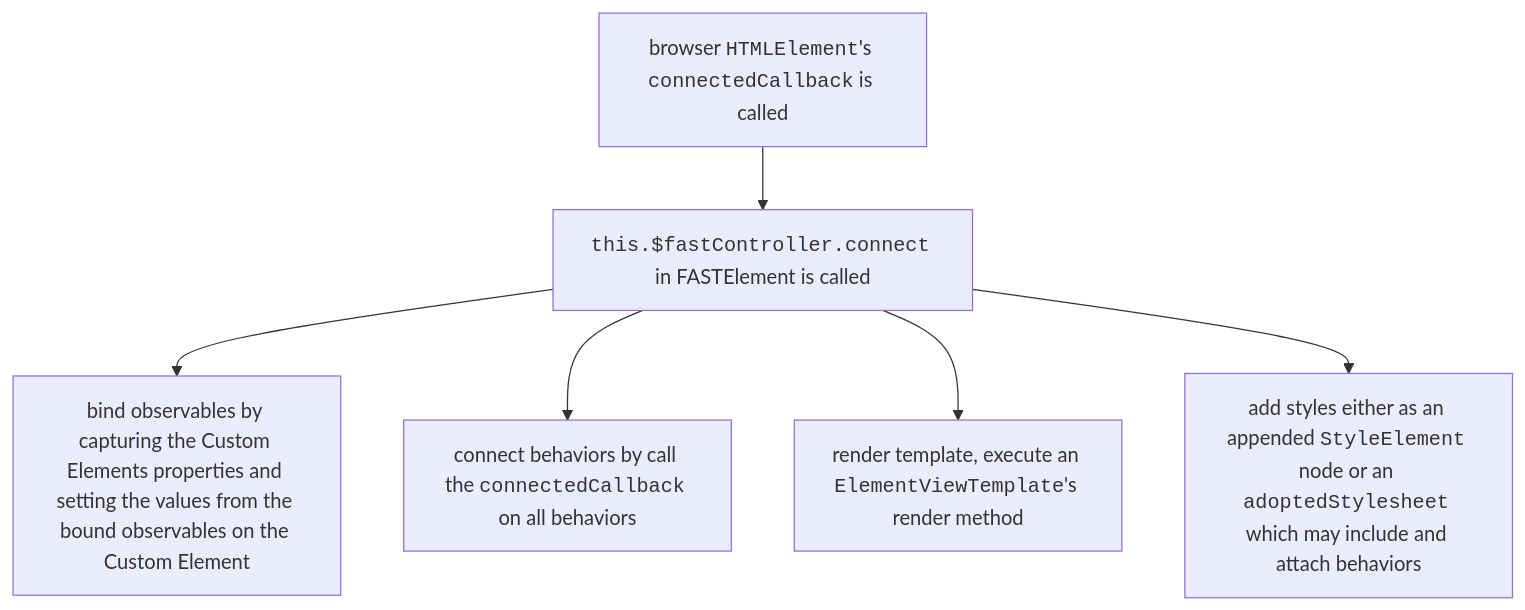
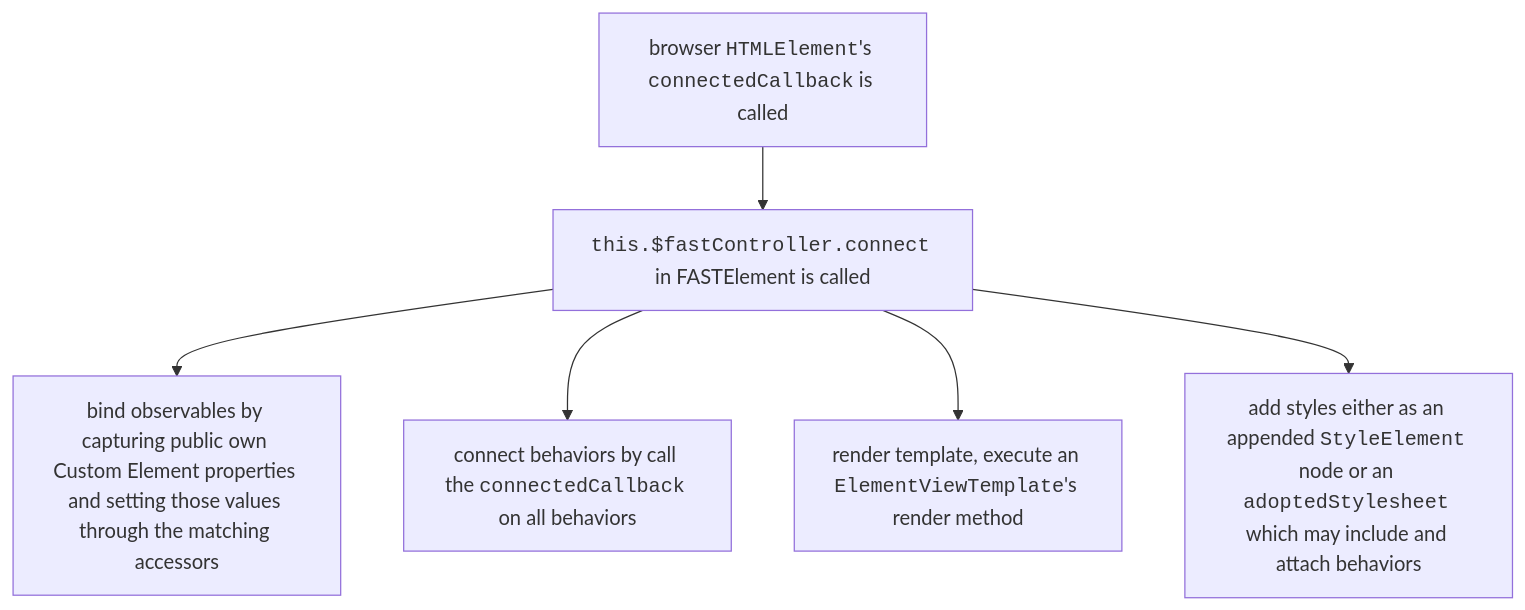
One commit to microsoft/fast changed the second of 3 diagrams in packages/fast-element/docs/architecture/fastelement.md. Above: the diagram before and after it, drawn with Mermaid. The commit also changed other lines of this file and 9 other files, not shown here.

````diff
--- a/packages/fast-element/docs/architecture/fastelement.md
+++ b/packages/fast-element/docs/architecture/fastelement.md
@@ -33,12 +33,12 @@
 ```mermaid
 flowchart TD
     A[browser <code>HTMLElement</code>'s <code>connectedCallback</code> is called] --> B
     B[<code>this.$fastController.connect</code> in FASTElement is called] --> C
     B --> D
     B --> E
     B --> F
-    C[bind observables by capturing the Custom Elements properties and setting the values from the bound observables on the Custom Element]
+    C[bind observables by capturing public own Custom Element properties and setting those values through the matching accessors]
     D[connect behaviors by call the <code>connectedCallback</code> on all behaviors]
     E[render template, execute an <code>ElementViewTemplate</code>'s render method]
     F[add styles either as an appended <code>StyleElement</code> node or an <code>adoptedStylesheet</code> which may include and attach behaviors]
 ```
````
